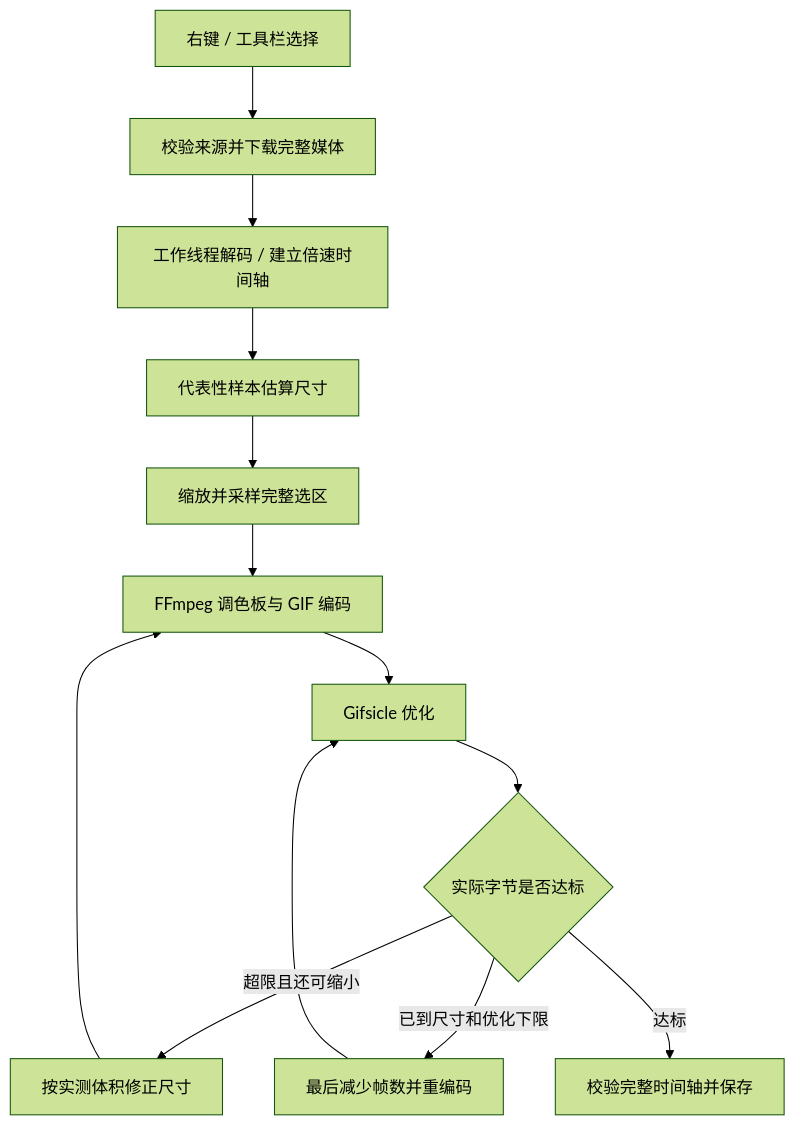
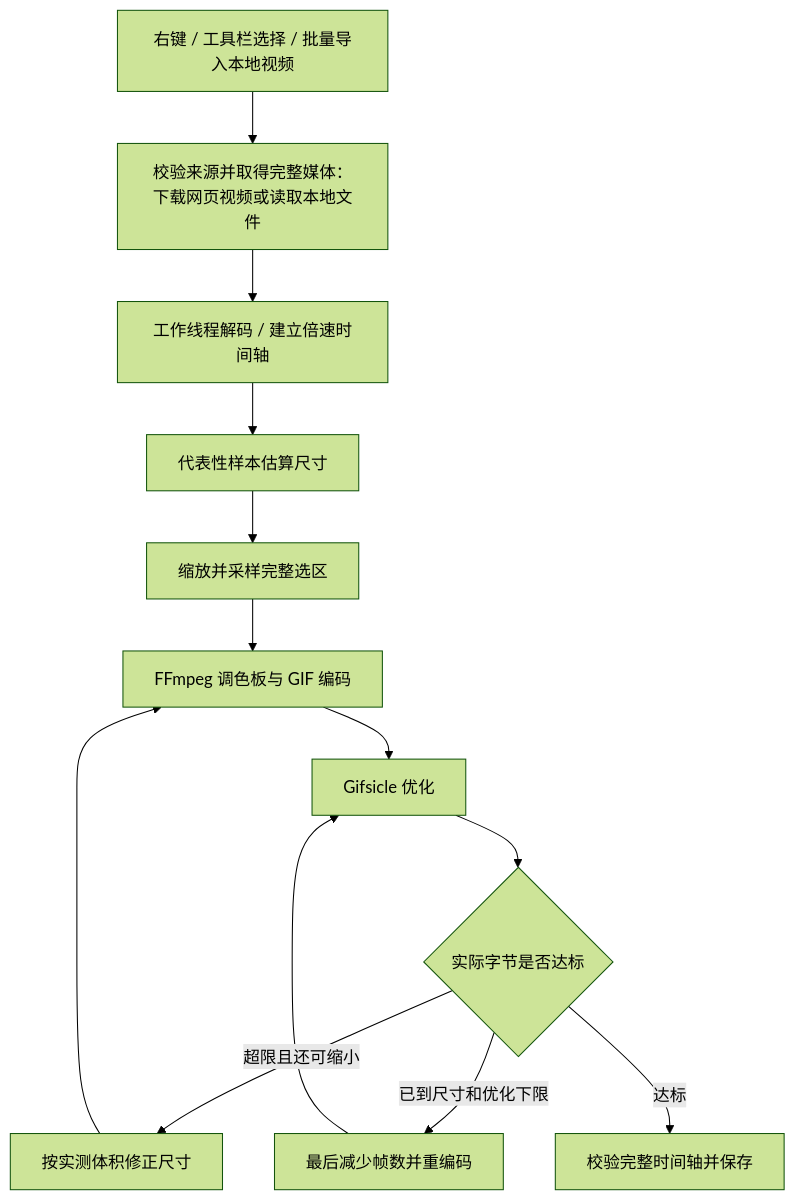
The diagram in docs/DEVELOPMENT.md (CarGuo/gif-chrome-plugin), drawn with Mermaid (forest theme) before and after one commit. The commit also changed other lines of this file and 16 other files, not shown here.

````diff
--- a/docs/DEVELOPMENT.md
+++ b/docs/DEVELOPMENT.md
@@ -77,15 +78,15 @@
 ```mermaid
 flowchart TD
-  A[右键 / 工具栏选择] --> B[校验来源并下载完整媒体]
+  A[右键 / 工具栏选择 / 批量导入本地视频] --> B[校验来源并取得完整媒体：下载网页视频或读取本地文件]
   B --> C[工作线程解码 / 建立倍速时间轴]
   C --> D[代表性样本估算尺寸]
   D --> E[缩放并采样完整选区]
   E --> F[FFmpeg 调色板与 GIF 编码]
   F --> G[Gifsicle 优化]
   G --> H{实际字节是否达标}
   H -->|超限且还可缩小| I[按实测体积修正尺寸]
   I --> F
   H -->|已到尺寸和优化下限| J[最后减少帧数并重编码]
   J --> G
   H -->|达标| K[校验完整时间轴并保存]
 ```
````
